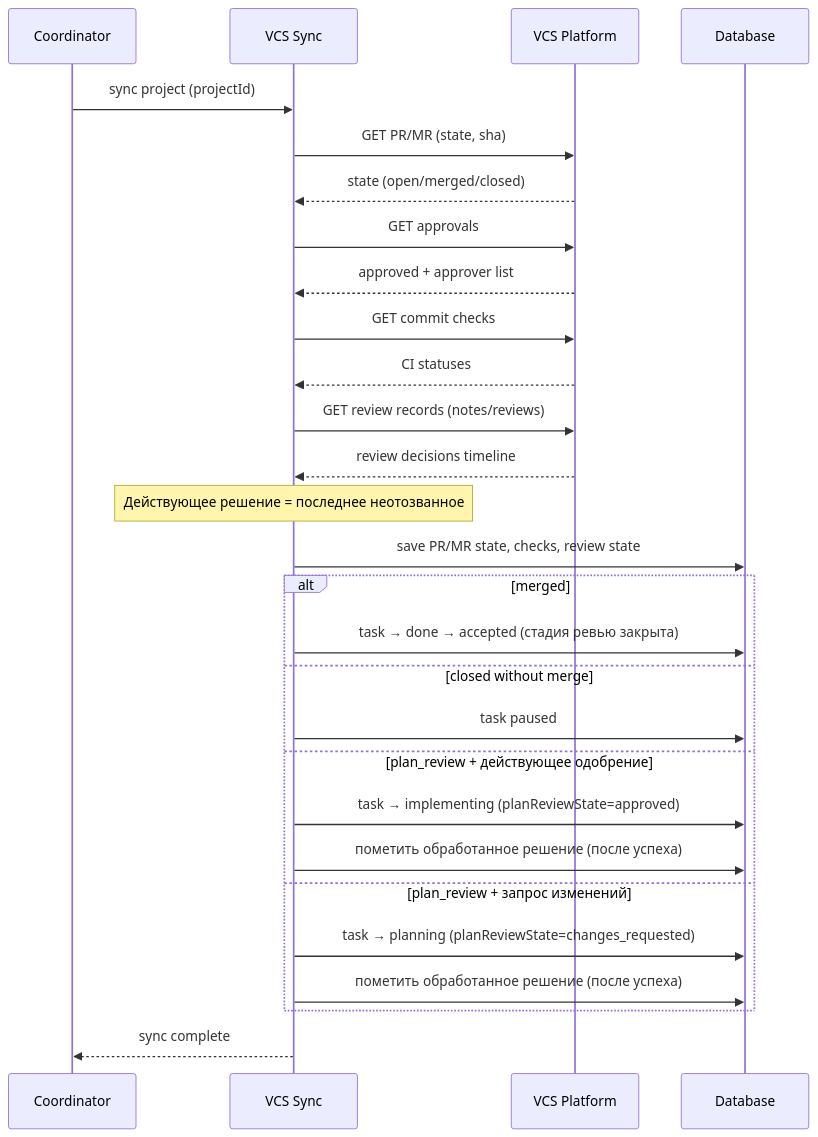
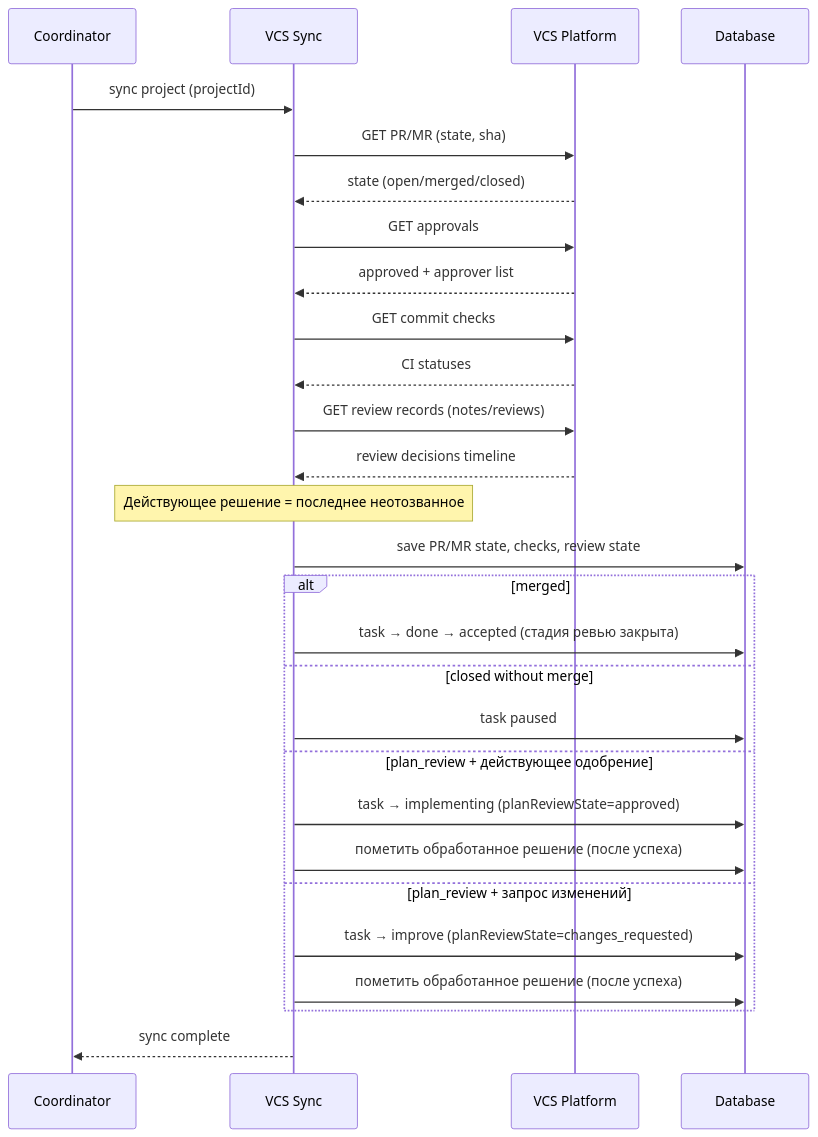
One commit to n-marusov/aif-handoff changed the diagram in docs/use-cases/UC-integration.pr-mr.resolve-review-decision.md. Above: the diagram before and after it, drawn with Mermaid. The commit also changed 18 other files, not shown here.

First line of the commit message:
fix(plan-review): route plan rework to improve

````diff
--- a/docs/use-cases/UC-integration.pr-mr.resolve-review-decision.md
+++ b/docs/use-cases/UC-integration.pr-mr.resolve-review-decision.md
@@ -17,31 +17,31 @@
 ```mermaid
 sequenceDiagram
   participant Coord as Coordinator
   participant Sync as VCS Sync
   participant VCS as VCS Platform
   participant DB as Database
 
   Coord->>Sync: sync project (projectId)
   Sync->>VCS: GET PR/MR (state, sha)
   VCS-->>Sync: state (open/merged/closed)
   Sync->>VCS: GET approvals
   VCS-->>Sync: approved + approver list
   Sync->>VCS: GET commit checks
   VCS-->>Sync: CI statuses
   Sync->>VCS: GET review records (notes/reviews)
   VCS-->>Sync: review decisions timeline
   Note over Sync: Действующее решение = последнее неотозванное
   Sync->>DB: save PR/MR state, checks, review state
   alt merged
     Sync->>DB: task → done → accepted (стадия ревью закрыта)
   else closed without merge
     Sync->>DB: task paused
   else plan_review + действующее одобрение
     Sync->>DB: task → implementing (planReviewState=approved)
     Sync->>DB: пометить обработанное решение (после успеха)
   else plan_review + запрос изменений
-    Sync->>DB: task → planning (planReviewState=changes_requested)
+    Sync->>DB: task → improve (planReviewState=changes_requested)
     Sync->>DB: пометить обработанное решение (после успеха)
   end
   Sync-->>Coord: sync complete
 ```
````
